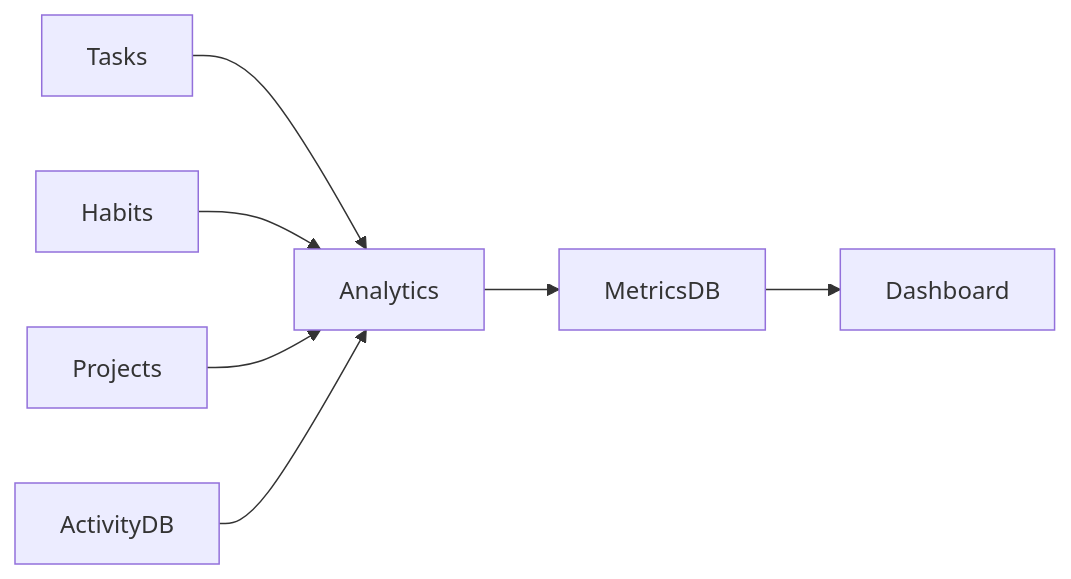
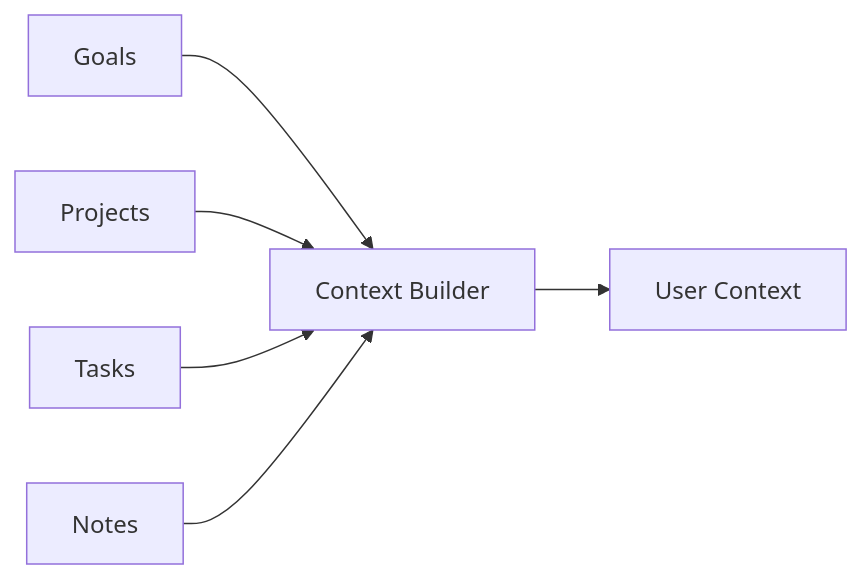
The seventh of 11 diagrams in README.md (ArlagaddaMourya/habit_tracker), drawn with Mermaid before and after one commit. The commit also changed other lines of this file and 6 other files, not shown here.

````diff
--- a/README.md
+++ b/README.md
@@ -465,15 +275,17 @@
 ```mermaid
 flowchart LR
 
-Tasks --> Analytics
+    Goals
+    Projects
+    Tasks
+    Notes
 
-Habits --> Analytics
+    Goals --> Context
+    Projects --> Context
+    Tasks --> Context
+    Notes --> Context
 
-Projects --> Analytics
+    Context[Context Builder]
 
-ActivityDB --> Analytics
-
-Analytics --> MetricsDB
-
-MetricsDB --> Dashboard
+    Context --> AIContext[User Context]
 ```
````
